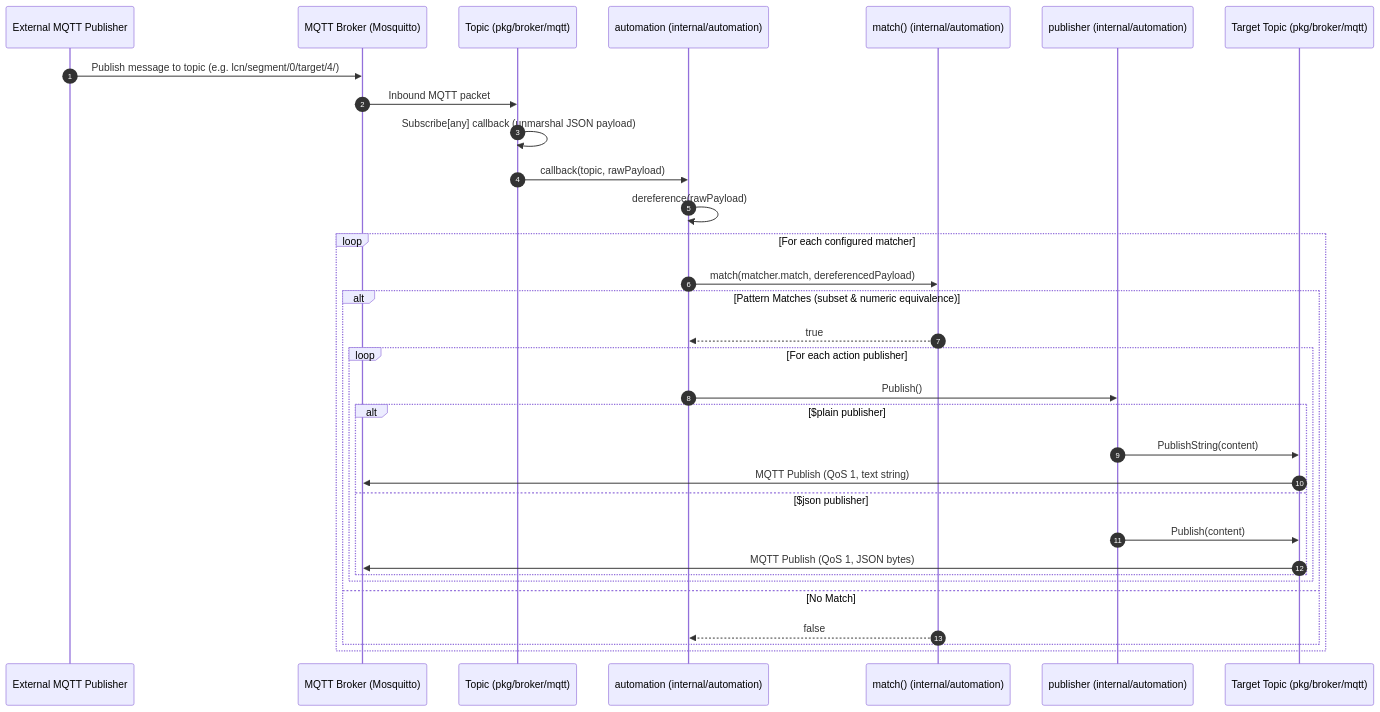
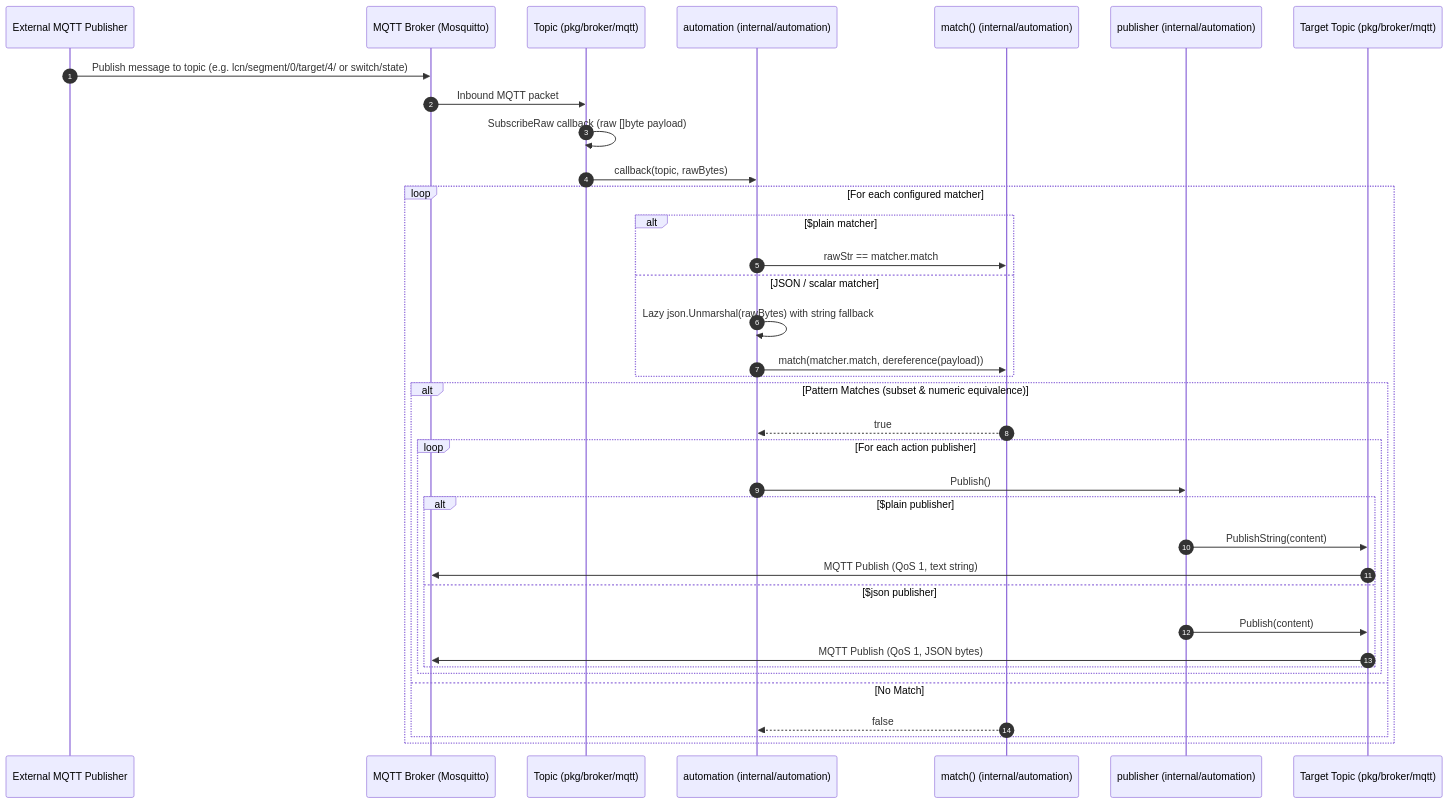
Before and after one commit to MyChaOS87/automqttion: the second of 3 diagrams in docs/ARCHITECTURE.md, drawn with Mermaid. The commit also changed other lines of this file and 17 other files, not shown here.

Commit message:
feat(build): harden CLI exit codes, cross-compile container, and bump Helm chart to 0.1.0

````diff
--- a/docs/ARCHITECTURE.md
+++ b/docs/ARCHITECTURE.md
@@ -65,35 +68,39 @@
 ```mermaid
 sequenceDiagram
     autonumber
     participant External as External MQTT Publisher
     participant Broker as MQTT Broker (Mosquitto)
     participant MQTTTopic as Topic (pkg/broker/mqtt)
     participant Auto as automation (internal/automation)
     participant Matcher as match() (internal/automation)
     participant Pub as publisher (internal/automation)
     participant TargetTopic as Target Topic (pkg/broker/mqtt)
 
-    External->>Broker: Publish message to topic (e.g. lcn/segment/0/target/4/)
+    External->>Broker: Publish message to topic (e.g. lcn/segment/0/target/4/ or switch/state)
     Broker->>MQTTTopic: Inbound MQTT packet
-    MQTTTopic->>MQTTTopic: Subscribe[any] callback (unmarshal JSON payload)
-    MQTTTopic->>Auto: callback(topic, rawPayload)
-    Auto->>Auto: dereference(rawPayload)
+    MQTTTopic->>MQTTTopic: SubscribeRaw callback (raw []byte payload)
+    MQTTTopic->>Auto: callback(topic, rawBytes)
     loop For each configured matcher
-        Auto->>Matcher: match(matcher.match, dereferencedPayload)
+        alt $plain matcher
+            Auto->>Matcher: rawStr == matcher.match
+        else JSON / scalar matcher
+            Auto->>Auto: Lazy json.Unmarshal(rawBytes) with string fallback
+            Auto->>Matcher: match(matcher.match, dereference(payload))
+        end
         alt Pattern Matches (subset & numeric equivalence)
             Matcher-->>Auto: true
             loop For each action publisher
                 Auto->>Pub: Publish()
                 alt $plain publisher
                     Pub->>TargetTopic: PublishString(content)
                     TargetTopic->>Broker: MQTT Publish (QoS 1, text string)
                 else $json publisher
                     Pub->>TargetTopic: Publish(content)
                     TargetTopic->>Broker: MQTT Publish (QoS 1, JSON bytes)
                 end
             end
         else No Match
             Matcher-->>Auto: false
         end
     end
 ```
````
